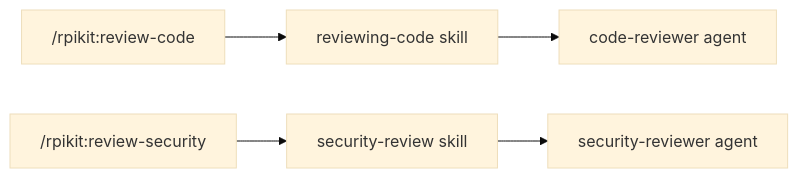
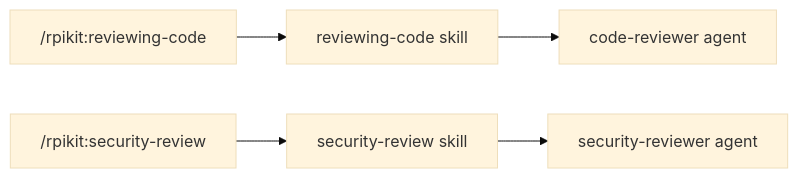
Before and after one commit to bostonaholic/rpikit: the fifth of 5 diagrams in docs/architecture.md, drawn with Mermaid (base theme). The commit also changed other lines of this file and 17 other files, not shown here.

````diff
--- a/docs/architecture.md
+++ b/docs/architecture.md
@@ -166,5 +149,5 @@
 ```mermaid
 graph LR
-    RC["/rpikit:review-code"] --> RCS["reviewing-code skill"] --> CRA["code-reviewer agent"]
-    RSec["/rpikit:review-security"] --> RSS["security-review skill"] --> SRA["security-reviewer agent"]
+    RC["/rpikit:reviewing-code"] --> RCS["reviewing-code skill"] --> CRA["code-reviewer agent"]
+    RSec["/rpikit:security-review"] --> RSS["security-review skill"] --> SRA["security-reviewer agent"]
 ```
````
